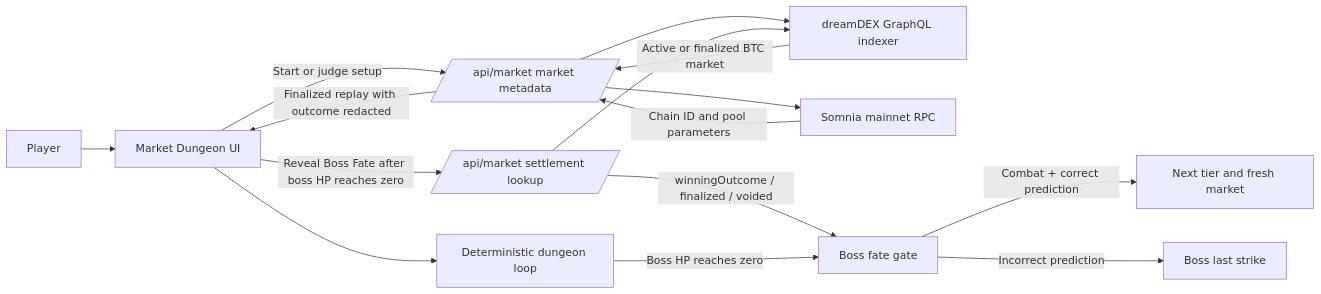
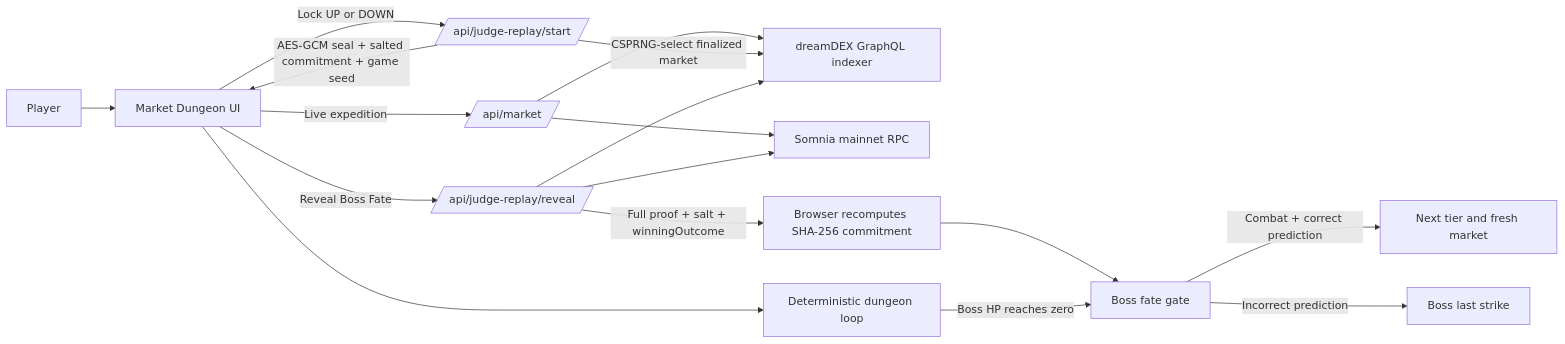
The diagram in README.md (CryptoMickle/market-dungeon), drawn with Mermaid before and after one commit. The commit also changed other lines of this file and 16 other files, not shown here.

Commit message:
fix: cryptographically seal judge replays (#8)

````diff
--- a/README.md
+++ b/README.md
@@ -57,17 +58,19 @@
 ```mermaid
 flowchart LR
     P[Player] --> UI[Market Dungeon UI]
-    UI -->|Start or judge setup| META[/api/market market metadata/]
+    UI -->|Live expedition| META[/api/market/]
     META --> IDX[dreamDEX GraphQL indexer]
     META --> RPC[Somnia mainnet RPC]
-    IDX -->|Active or finalized BTC market| META
-    RPC -->|Chain ID and pool parameters| META
-    META -->|Finalized replay with outcome redacted| UI
+    UI -->|Lock UP or DOWN| START[/api/judge-replay/start/]
+    START -->|CSPRNG-select finalized market| IDX
+    START -->|AES-GCM seal + salted commitment + game seed| UI
     UI --> LOOP[Deterministic dungeon loop]
-    UI -->|Reveal Boss Fate after boss HP reaches zero| SETTLE[/api/market settlement lookup/]
+    UI -->|Reveal Boss Fate| SETTLE[/api/judge-replay/reveal/]
     SETTLE --> IDX
-    SETTLE -->|winningOutcome / finalized / voided| GATE[Boss fate gate]
+    SETTLE --> RPC
+    SETTLE -->|Full proof + salt + winningOutcome| VERIFY[Browser recomputes SHA-256 commitment]
+    VERIFY --> GATE[Boss fate gate]
     LOOP -->|Boss HP reaches zero| GATE
     GATE -->|Combat + correct prediction| NEXT[Next tier and fresh market]
     GATE -->|Incorrect prediction| LOSS[Boss last strike]
 ```
````
